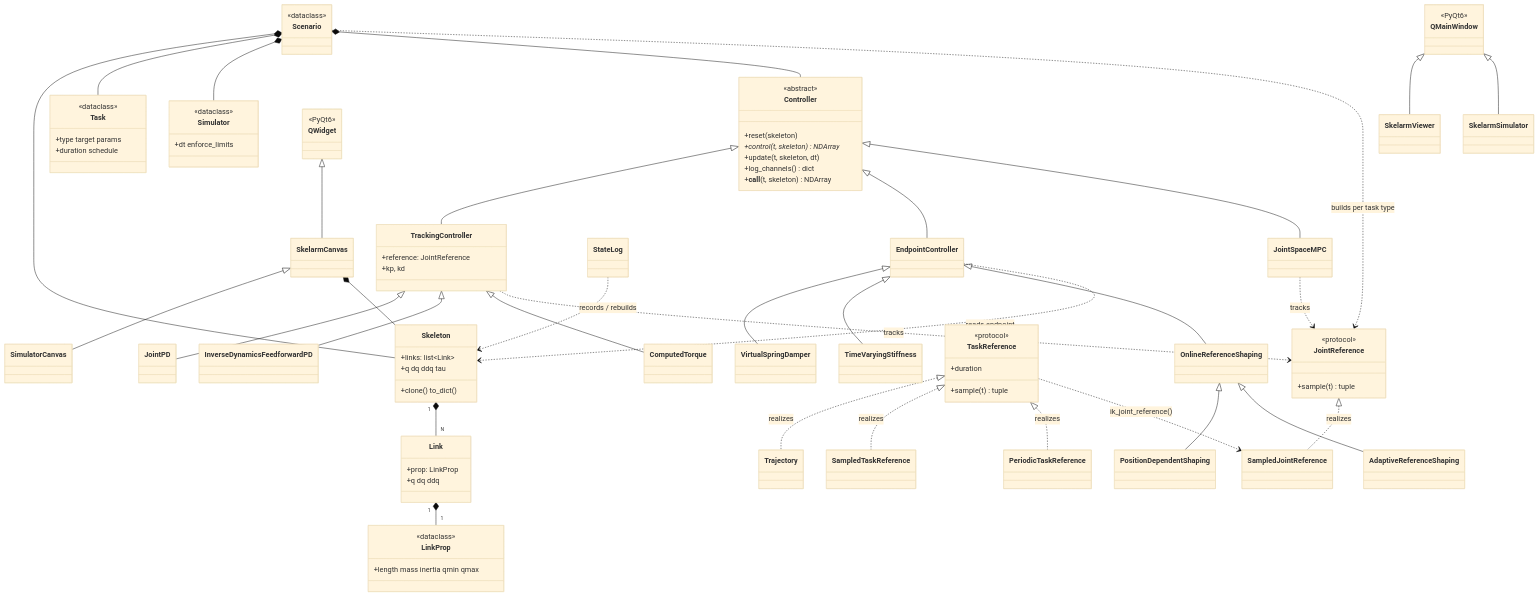
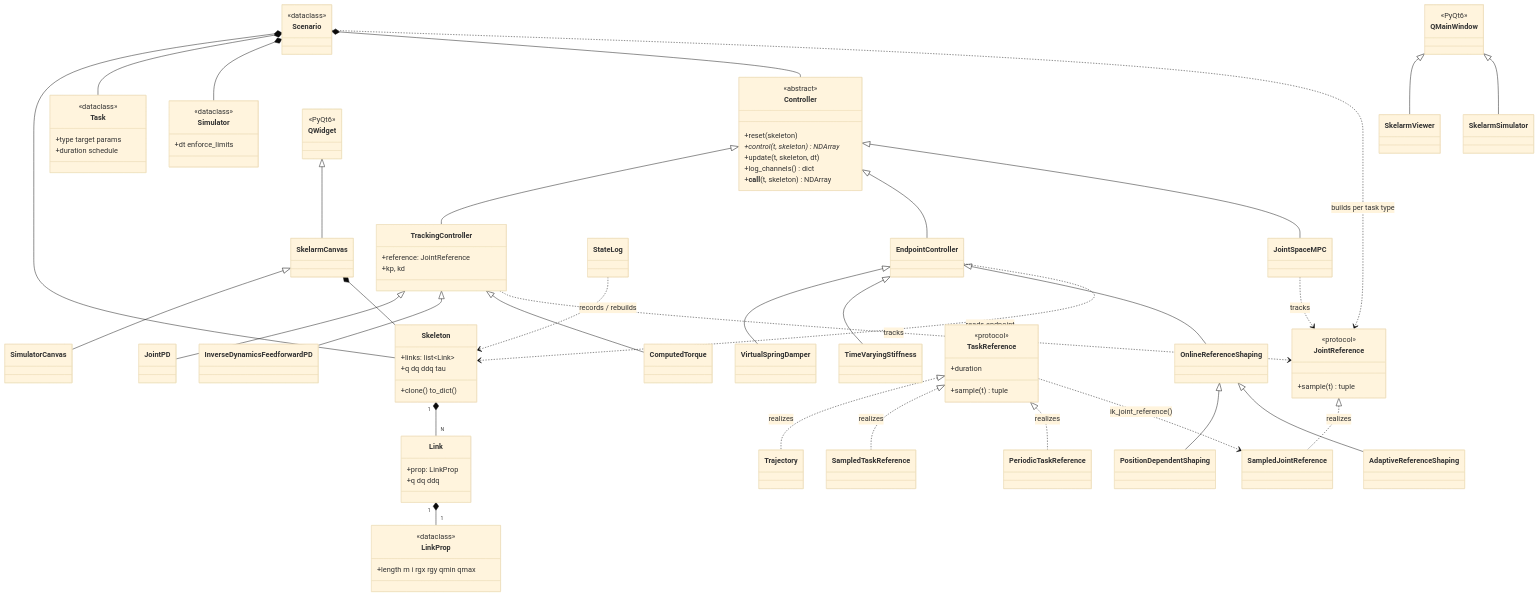
Before and after one commit to hrshtst/skelarm: the diagram in docs/api/architecture.md, drawn with Mermaid (base theme). The commit also changed 1 other file, not shown here.

Commit message:
docs: correct the mass-matrix singularity condition and LinkProp fields
- The forward-dynamics chapter said a link with zero mass and zero
  inertia makes the inertia matrix singular. For nonnegative masses and
  inertias H is positive semidefinite, and positive definite exactly
  when every nonzero joint-velocity vector gives positive kinetic
  energy. Distal bodies can keep a massless link from causing
  singularity (a massless first link before a massive one stays
  positive definite), while combinations of joint motions can cancel:
  a straight three-link arm with two massless 1 m links and a massive
  terminal link has positive diagonal entries but rank 2, with
  H @ [1, -2, 1] = 0. The chapter now states that condition.
- The chapter also claimed compute_forward_dynamics reports a singular
  H as an error; that holds only for an exactly zero pivot (the
  three-link case returns accelerations near 1e15), so the claim is
  dropped.
- The architecture diagram listed LinkProp as length/mass/inertia;
  the dataclass fields are length, m, i, rgx, rgy, qmin, qmax.

```diff
--- a/docs/api/architecture.md
+++ b/docs/api/architecture.md
@@ -30,7 +30,7 @@
     }
     class LinkProp {
         <<dataclass>>
-        +length mass inertia qmin qmax
+        +length m i rgx rgy qmin qmax
     }
     Skeleton "1" *-- "N" Link
     Link "1" *-- "1" LinkProp
```
